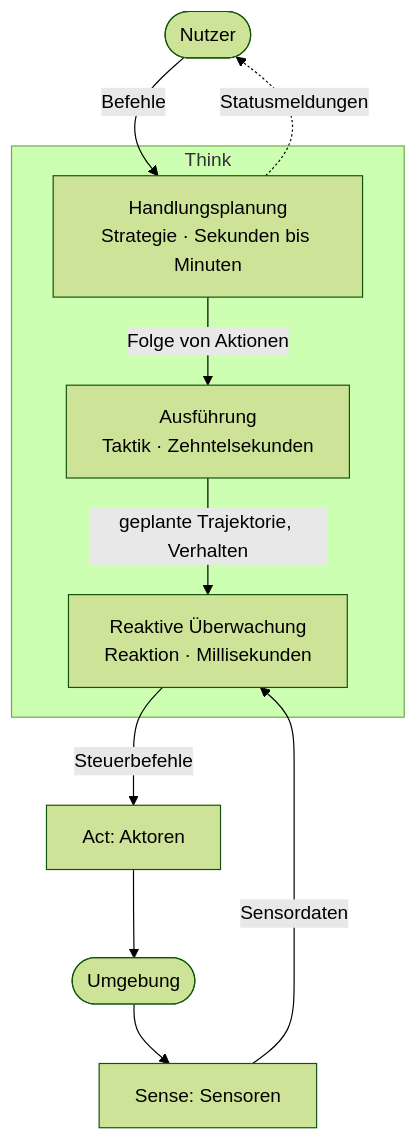
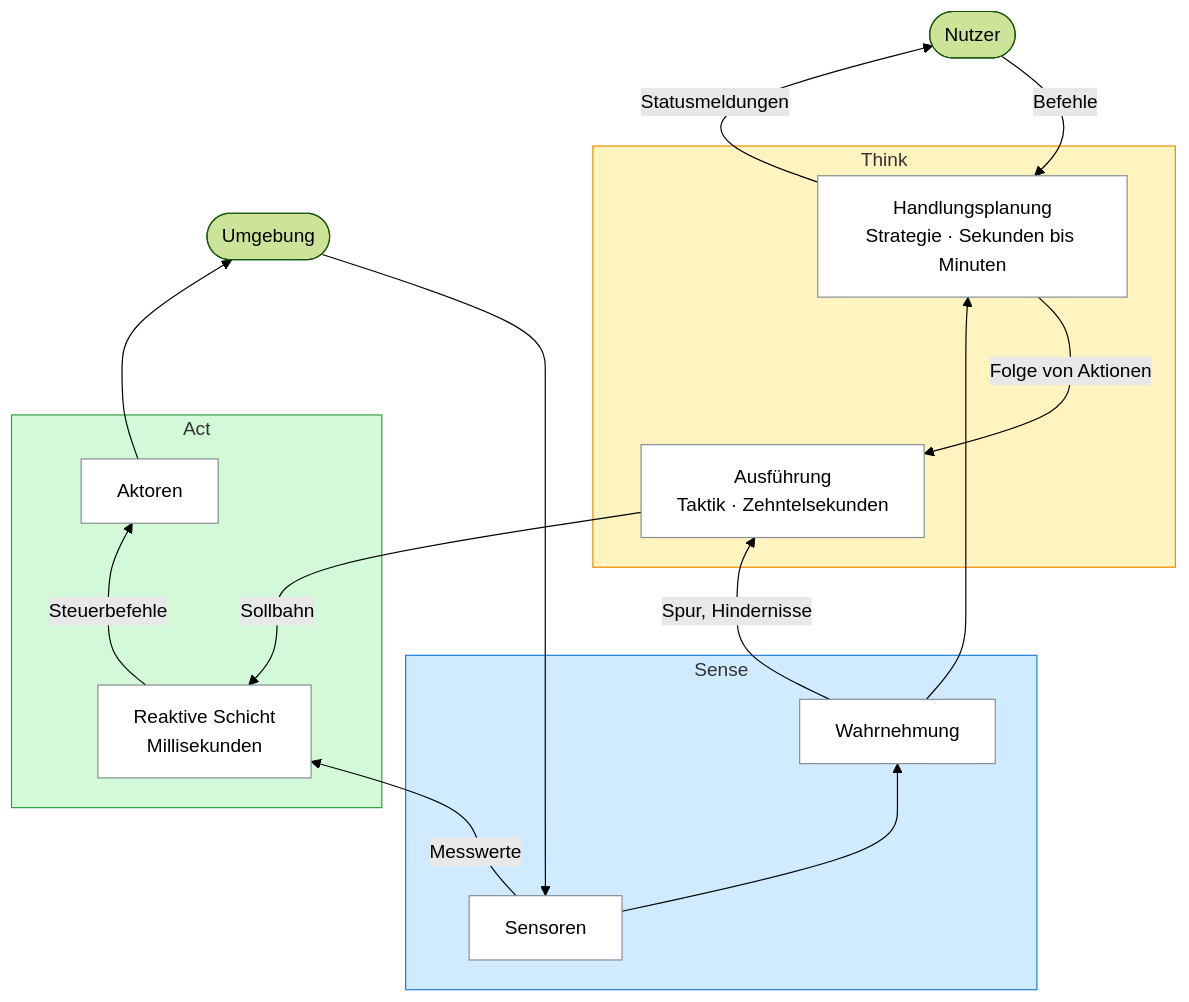
Before and after one commit to TUBAF-IfI-LiaScript/VL_SoftwareprojektRobotik: the second of 3 diagrams in 00_Einfuehrung/00_Einfuehrung.md, drawn with Mermaid (forest theme). The commit also changed other lines of this file and 13 other files, not shown here.

````diff
--- a/00_Einfuehrung/00_Einfuehrung.md
+++ b/00_Einfuehrung/00_Einfuehrung.md
@@ -364,13 +371,41 @@
 ```mermaid @mermaid
-graph TD
-    N(["Nutzer"]) -- "Befehle" --> HP
-    subgraph think ["Think"]
-        HP["Handlungsplanung<br/>Strategie · Sekunden bis Minuten"] -- "Folge von Aktionen" --> AU["Ausführung<br/>Taktik · Zehntelsekunden"]
-        AU -- "geplante Trajektorie, Verhalten" --> RU["Reaktive Überwachung<br/>Reaktion · Millisekunden"]
+flowchart BT
+    %% Reihenfolge nicht ändern: Deklarations- und Kantenfolge plus unsichtbare Kanten (~~~) legen die Schichten übereinander (geprüft mit Mermaid 10.5 aus dem LiaScript-Template)
+    subgraph SENSE ["Sense"]
+        SN["Sensoren"]
+        WA["Wahrnehmung"]
     end
-    SE["Sense: Sensoren"] -- "Sensordaten" --> RU
-    RU -- "Steuerbefehle" --> AC["Act: Aktoren"]
-    AC --> UM(["Umgebung"])
-    UM --> SE
-    HP -. "Statusmeldungen" .-> N
+    subgraph THINK ["Think"]
+        AU["Ausführung<br/>Taktik · Zehntelsekunden"]
+        HP["Handlungsplanung<br/>Strategie · Sekunden bis Minuten"]
+    end
+    subgraph ACT ["Act"]
+        AK["Aktoren"]
+        RU["Reaktive Schicht<br/>Millisekunden"]
+    end
+    NU(["Nutzer"])
+    subgraph ENV [" "]
+        U(["Umgebung"])
+    end
+    U ~~~ AK
+    AK ~~~ RU
+    RU ~~~ AU
+    AU ~~~ HP
+    U --> SN
+    WA -- "Spur, Hindernisse" --> AU
+    WA --> HP
+    SN -- "Messwerte" --> RU
+    SN --> WA
+    HP -- "Statusmeldungen" --> NU
+    NU -- "Befehle" --> HP
+    HP -- "Folge von Aktionen" --> AU
+    AU -- "Sollbahn" --> RU
+    RU -- "Steuerbefehle" --> AK
+    AK --> U
+    style ENV fill:none,stroke:none
+    classDef box fill:#ffffff,stroke:#868e96
+    class SN,WA,HP,AU,AK,RU box
+    style SENSE fill:#d0ebff,stroke:#1c7ed6
+    style THINK fill:#fff3bf,stroke:#f08c00
+    style ACT fill:#d3f9d8,stroke:#2f9e44
 ```
````
